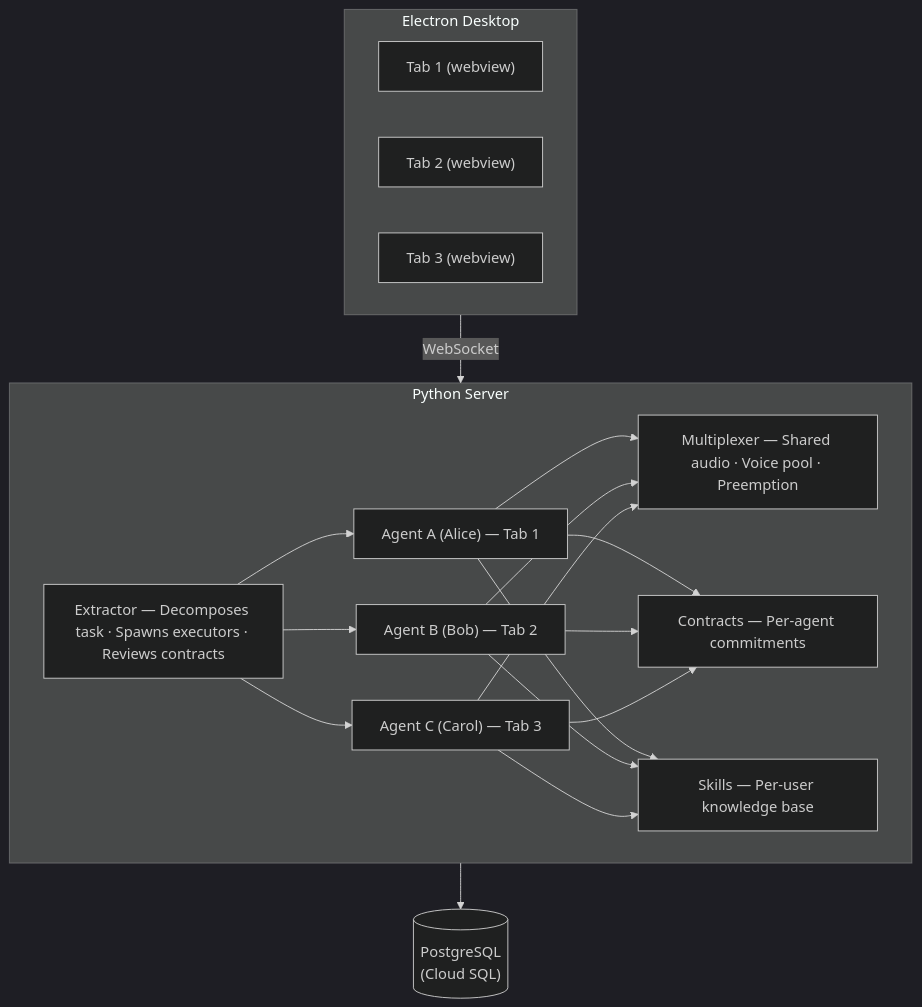
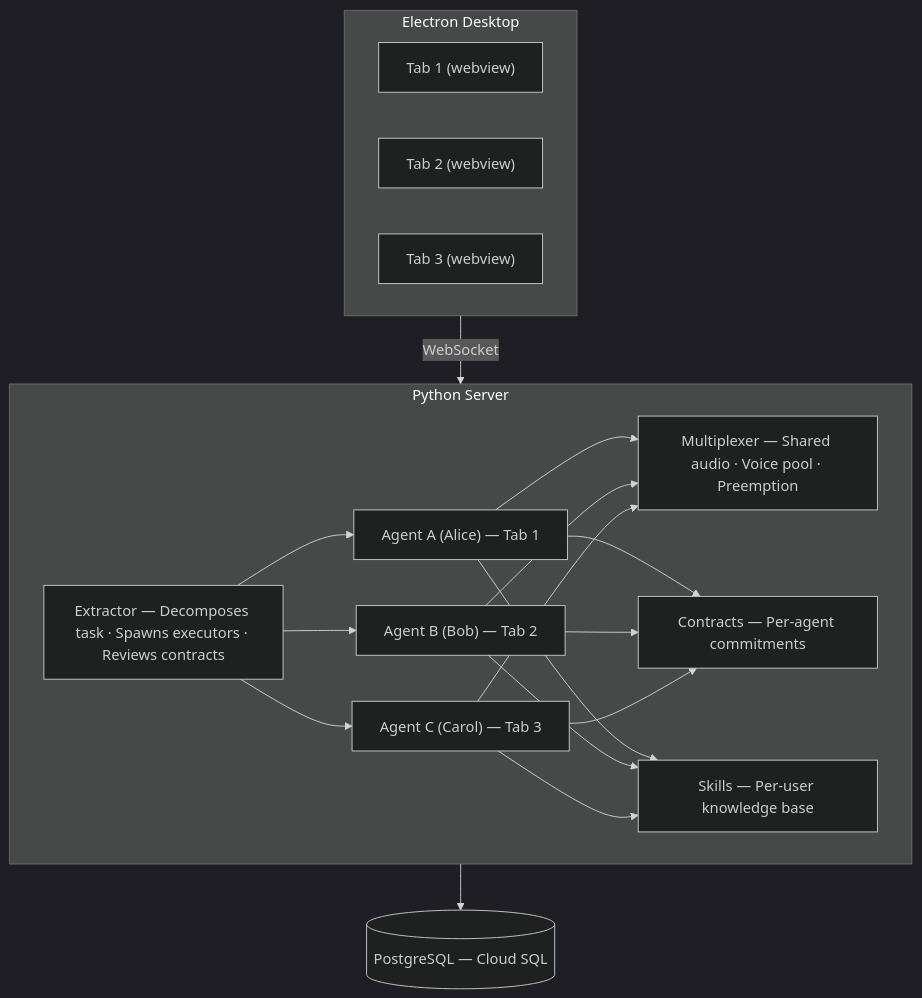
One commit to kavishsathia/vroom changed the diagram in README.md. Above: the diagram before and after it, drawn with Mermaid (dark theme).

````diff
--- a/README.md
+++ b/README.md
@@ -36,22 +36,22 @@
 ```mermaid
 graph TD
     subgraph Electron["Electron Desktop"]
         T1["Tab 1 (webview)"]
         T2["Tab 2 (webview)"]
         T3["Tab 3 (webview)"]
     end
 
     Electron -- "WebSocket" --> Server
 
     subgraph Server["Python Server"]
         EX["Extractor — Decomposes task · Spawns executors · Reviews contracts"]
         EX --> A1["Agent A (Alice) — Tab 1"]
         EX --> A2["Agent B (Bob) — Tab 2"]
         EX --> A3["Agent C (Carol) — Tab 3"]
         A1 & A2 & A3 --> MUX["Multiplexer — Shared audio · Voice pool · Preemption"]
         A1 & A2 & A3 --> CO["Contracts — Per-agent commitments"]
         A1 & A2 & A3 --> SK["Skills — Per-user knowledge base"]
     end
 
-    Server --> DB[("PostgreSQL\n(Cloud SQL)")]
+    Server --> DB[("PostgreSQL — Cloud SQL")]
 ```
````
